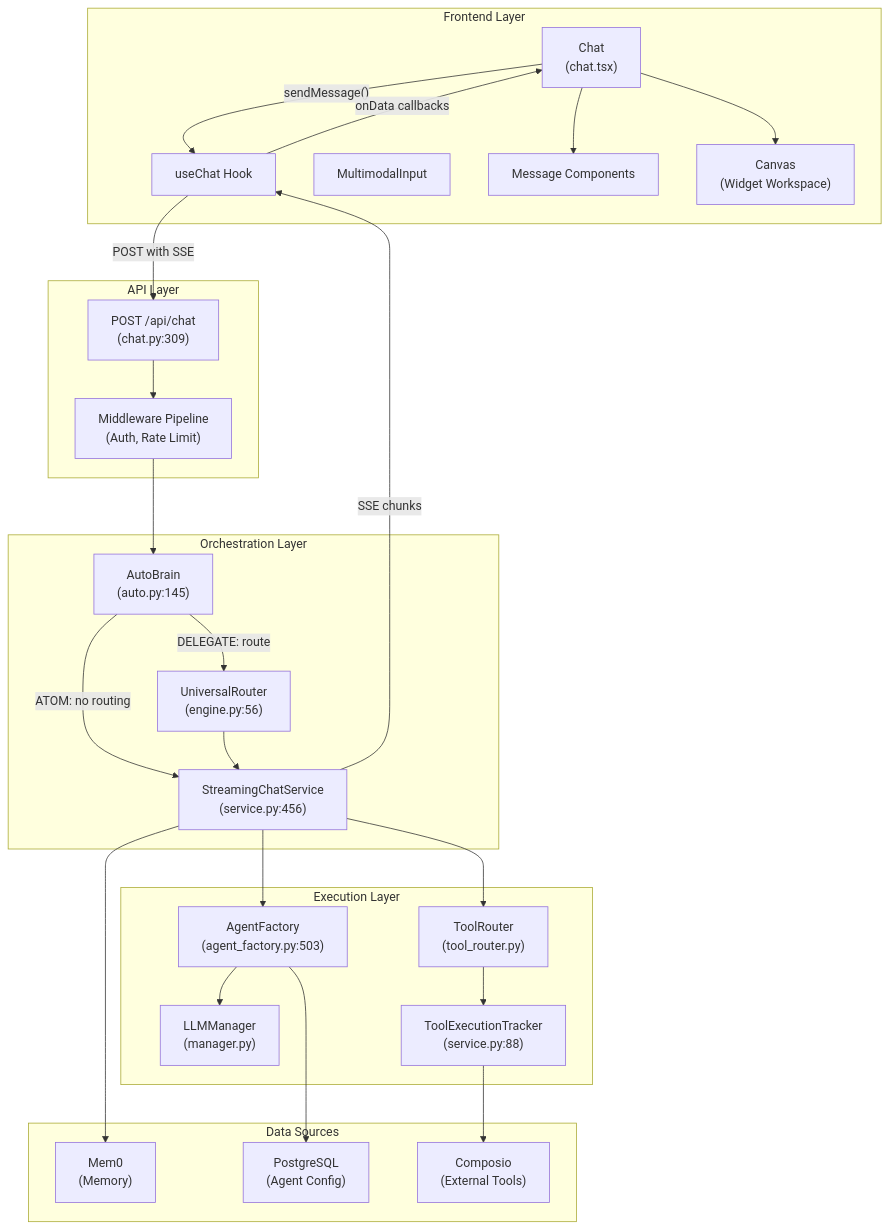
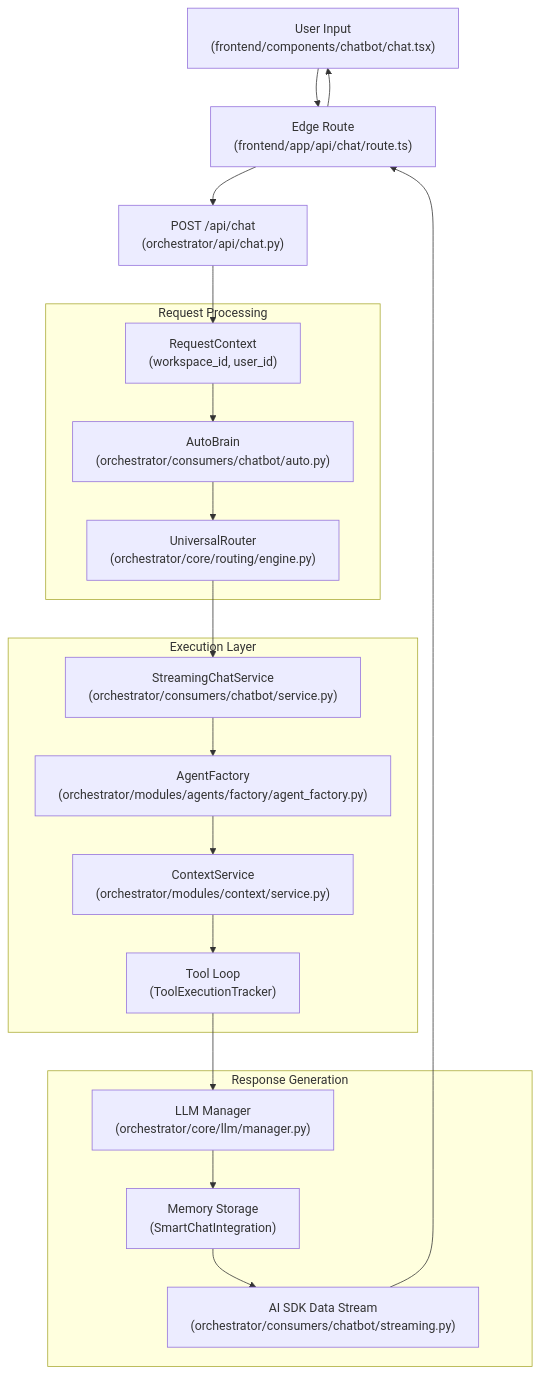
The diagram in docs/chat-interface/_index.md (AutomatosAI/automatos-ai), drawn with Mermaid before and after one commit. The commit also changed other lines of this file and 149 other files, not shown here.

Commit message:
docs: refresh documentation with graphify semantic scan

````diff
--- a/docs/chat-interface/_index.md
+++ b/docs/chat-interface/_index.md
@@ -50,58 +52,42 @@
 ```mermaid
 graph TB
-    subgraph "Frontend Layer"
-        ChatComponent["Chat<br/>(chat.tsx)"]
-        useChat["useChat Hook"]
-        MultimodalInput["MultimodalInput"]
-        MessageList["Message Components"]
-        Canvas["Canvas<br/>(Widget Workspace)"]
-    end
+    User["User Input<br/>(frontend/components/chatbot/chat.tsx)"]
+    EdgeProxy["Edge Route<br/>(frontend/app/api/chat/route.ts)"]
+    ChatAPI["POST /api/chat<br/>(orchestrator/api/chat.py)"]
     
-    subgraph "API Layer"
-        ChatAPI["POST /api/chat<br/>(chat.py:309)"]
-        Middleware["Middleware Pipeline<br/>(Auth, Rate Limit)"]
-    end
-    
-    subgraph "Orchestration Layer"
-        AutoBrain["AutoBrain<br/>(auto.py:145)"]
-        UniversalRouter["UniversalRouter<br/>(engine.py:56)"]
-        StreamingChatService["StreamingChatService<br/>(service.py:456)"]
+    subgraph "Request Processing"
+        CTX["RequestContext<br/>(workspace_id, user_id)"]
+        AutoBrain["AutoBrain<br/>(orchestrator/consumers/chatbot/auto.py)"]
+        Router["UniversalRouter<br/>(orchestrator/core/routing/engine.py)"]
     end
     
     subgraph "Execution Layer"
-        AgentFactory["AgentFactory<br/>(agent_factory.py:503)"]
-        LLMManager["LLMManager<br/>(manager.py)"]
-        ToolRouter["ToolRouter<br/>(tool_router.py)"]
-        ToolExecutionTracker["ToolExecutionTracker<br/>(service.py:88)"]
+        StreamingSvc["StreamingChatService<br/>(orchestrator/consumers/chatbot/service.py)"]
+        AgentFactory["AgentFactory<br/>(orchestrator/modules/agents/factory/agent_factory.py)"]
+        ToolLoop["Tool Loop<br/>(ToolExecutionTracker)"]
+        ContextSvc["ContextService<br/>(orchestrator/modules/context/service.py)"]
     end
     
-    subgraph "Data Sources"
-        Memory["Mem0<br/>(Memory)"]
-        Database["PostgreSQL<br/>(Agent Config)"]
-        Composio["Composio<br/>(External Tools)"]
+    subgraph "Response Generation"
+        LLM["LLM Manager<br/>(orchestrator/core/llm/manager.py)"]
+        MemoryStore["Memory Storage<br/>(SmartChatIntegration)"]
+        AISDK["AI SDK Data Stream<br/>(orchestrator/consumers/chatbot/streaming.py)"]
     end
     
-    ChatComponent -->|"sendMessage()"| useChat
-    useChat -->|"POST with SSE"| ChatAPI
-    ChatAPI --> Middleware
-    Middleware --> AutoBrain
+    User --> EdgeProxy
+    EdgeProxy --> ChatAPI
+    ChatAPI --> CTX
+    CTX --> AutoBrain
+    AutoBrain --> Router
+    Router --> StreamingSvc
     
-    AutoBrain -->|"ATOM: no routing"| StreamingChatService
-    AutoBrain -->|"DELEGATE: route"| UniversalRouter
-    UniversalRouter --> StreamingChatService
+    StreamingSvc --> AgentFactory
+    AgentFactory --> ContextSvc
+    ContextSvc --> ToolLoop
+    ToolLoop --> LLM
     
-    StreamingChatService --> AgentFactory
-    AgentFactory --> LLMManager
-    AgentFactory --> Database
-    
-    StreamingChatService --> Memory
-    StreamingChatService --> ToolRouter
-    
-    ToolRouter --> ToolExecutionTracker
-    ToolExecutionTracker --> Composio
-    
-    StreamingChatService -->|"SSE chunks"| useChat
-    useChat -->|"onData callbacks"| ChatComponent
-    ChatComponent --> MessageList
-    ChatComponent --> Canvas
+    LLM --> MemoryStore
+    MemoryStore --> AISDK
+    AISDK --> EdgeProxy
+    EdgeProxy --> User
 ```
````
